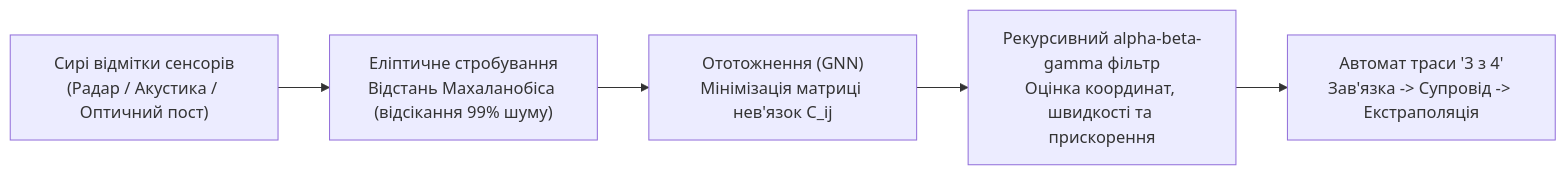
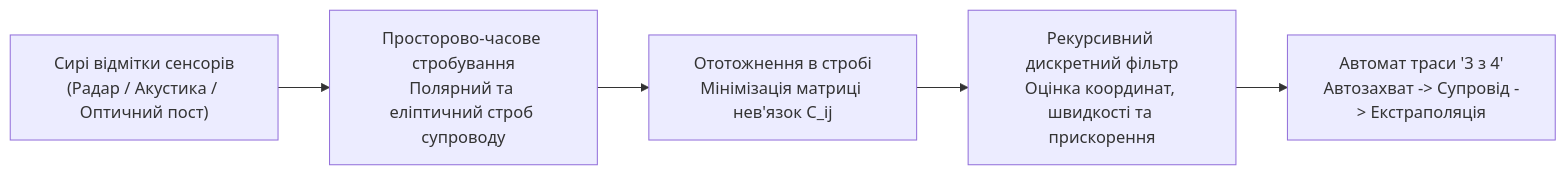
Before and after one commit to nick-fedchik/articles: the fifth of 7 diagrams in MilTech/DOU-Ukrainian-Military-Cybernetics-School-UA.md, drawn with Mermaid. The commit also changed other lines of this file and 1 other file, not shown here.

````diff
--- a/MilTech/DOU-Ukrainian-Military-Cybernetics-School-UA.md
+++ b/MilTech/DOU-Ukrainian-Military-Cybernetics-School-UA.md
@@ -274,7 +281,7 @@
 ```mermaid
 flowchart LR
-    RawHits["Сирі відмітки сенсорів<br/>(Радар / Акустика / Оптичний пост)"] --> Strobe["Еліптичне стробування<br/>Відстань Махаланобіса (відсікання 99% шуму)"]
-    Strobe --> Assoc["Ототожнення (GNN)<br/>Мінімізація матриці нев'язок C_ij"]
-    Assoc --> Filter["Рекурсивний alpha-beta-gamma фільтр<br/>Оцінка координат, швидкості та прискорення"]
-    Filter --> FSM["Автомат траси '3 з 4'<br/>Зав'язка -> Супровід -> Екстраполяція"]
+    RawHits["Сирі відмітки сенсорів<br/>(Радар / Акустика / Оптичний пост)"] --> Strobe["Просторово-часове стробування<br/>Полярний та еліптичний строб супроводу"]
+    Strobe --> Assoc["Ототожнення в стробі<br/>Мінімізація матриці нев'язок C_ij"]
+    Assoc --> Filter["Рекурсивний дискретний фільтр<br/>Оцінка координат, швидкості та прискорення"]
+    Filter --> FSM["Автомат траси '3 з 4'<br/>Автозахват -> Супровід -> Екстраполяція"]
 ```
````
